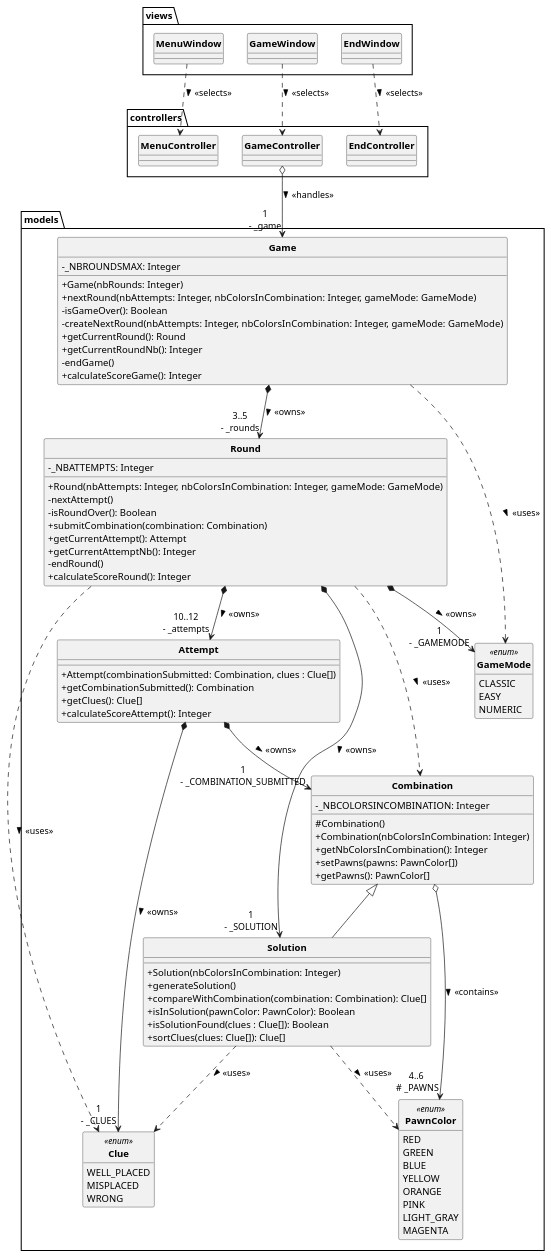
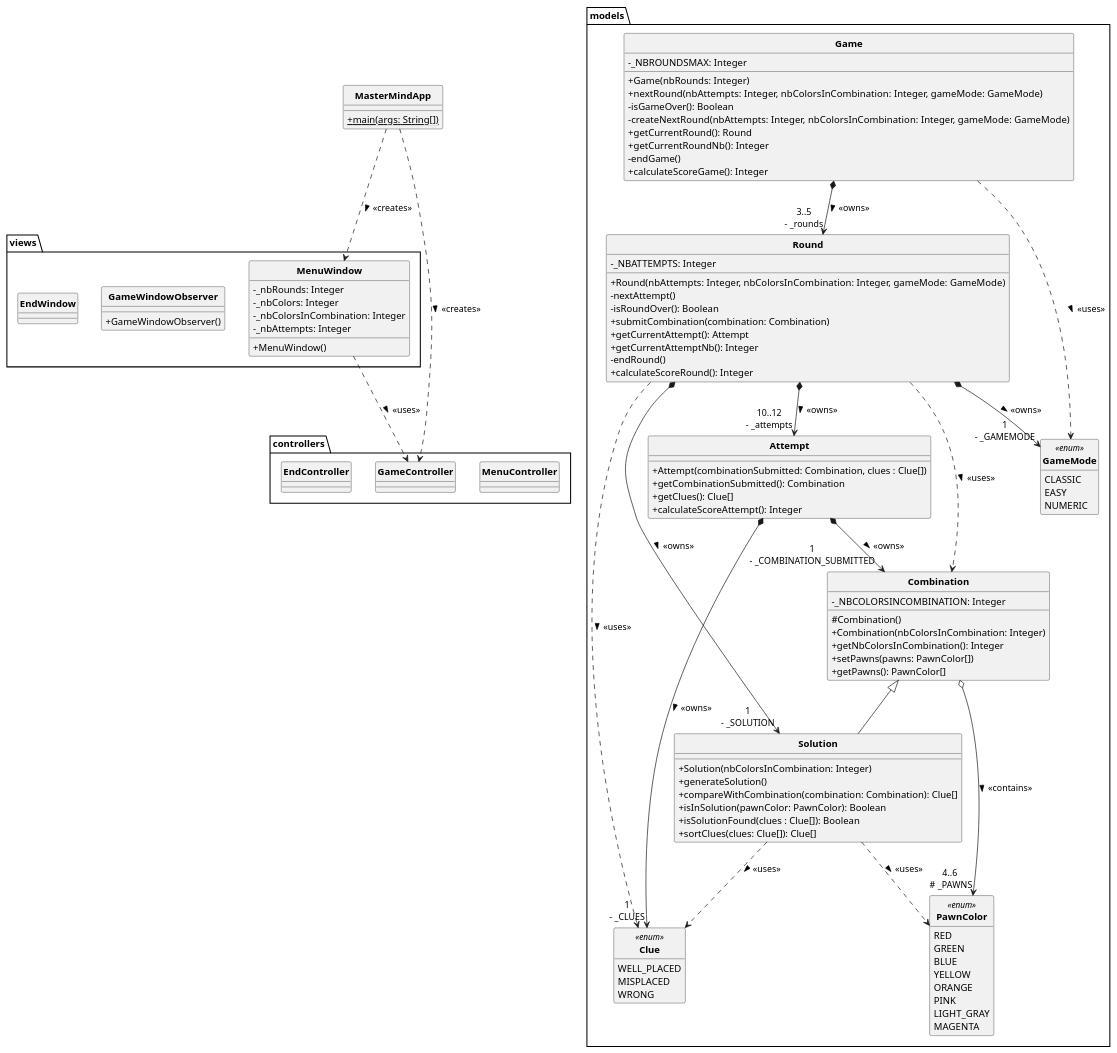
Before and after one commit to Robin3711/mastermind: the diagram in diags/masterMindFirstDiag.puml, drawn with PlantUML. The commit also changed 6 other files, not shown here.

```diff
--- a/diags/masterMindFirstDiag.puml
+++ b/diags/masterMindFirstDiag.puml
@@ -1,131 +1,147 @@
 @startuml
 
 skinparam style strictuml
 skinparam classAttributeIconSize 0
 skinparam classFontStyle Bold
 hide enum methods
 hide interface attributes
 
+class MasterMindApp {
+    + {static} main(args: String[])
+}
+
 package views {
-    class MenuWindow {}
-    class GameWindow {}
+    class MenuWindow {
+        - _nbRounds: Integer
+        - _nbColors: Integer
+        - _nbColorsInCombination: Integer
+        - _nbAttempts: Integer
+        + MenuWindow()
+    }
+    class GameWindowObserver {
+        + GameWindowObserver()
+    }
     class EndWindow {}
 }
 
 package controllers {
     class MenuController {}
     class GameController {}
     class EndController {}
 }
 
 package models {
     class Game {
         - _NBROUNDSMAX: Integer
         + Game(nbRounds: Integer)
         + nextRound(nbAttempts: Integer, nbColorsInCombination: Integer, gameMode: GameMode)
         - isGameOver(): Boolean
         - createNextRound(nbAttempts: Integer, nbColorsInCombination: Integer, gameMode: GameMode)
         + getCurrentRound(): Round
         + getCurrentRoundNb(): Integer
         - endGame()
         + calculateScoreGame(): Integer
     }
     class Round {
         - _NBATTEMPTS: Integer
         + Round(nbAttempts: Integer, nbColorsInCombination: Integer, gameMode: GameMode)
         - nextAttempt()
         - isRoundOver(): Boolean
         + submitCombination(combination: Combination)
         + getCurrentAttempt(): Attempt
         + getCurrentAttemptNb(): Integer
         - endRound()
         + calculateScoreRound(): Integer
     }
     class Combination {
         - _NBCOLORSINCOMBINATION: Integer
         # Combination()
         + Combination(nbColorsInCombination: Integer)
         + getNbColorsInCombination(): Integer
         + setPawns(pawns: PawnColor[])
         + getPawns(): PawnColor[]
     }
     class Solution extends Combination {
         + Solution(nbColorsInCombination: Integer)
         + generateSolution()
         + compareWithCombination(combination: Combination): Clue[]
         + isInSolution(pawnColor: PawnColor): Boolean
         + isSolutionFound(clues : Clue[]): Boolean
         + sortClues(clues: Clue[]): Clue[]
     }
     class Attempt {
         + Attempt(combinationSubmitted: Combination, clues : Clue[])
         + getCombinationSubmitted(): Combination
         + getClues(): Clue[]
         + calculateScoreAttempt(): Integer
     }
 
     enum PawnColor <<enum>> {
         RED
         GREEN
         BLUE
         YELLOW
         ORANGE
         PINK
         LIGHT_GRAY
         MAGENTA
     }
     enum GameMode <<enum>> {
         CLASSIC
         EASY
         NUMERIC
     }
     enum Clue <<enum>> {
         WELL_PLACED
         MISPLACED
         WRONG
     }
 }
 
 'Relations
 
+'MasterMindApp
+MasterMindApp ..> MenuWindow : > <<creates>>
+MasterMindApp ..> GameController : > <<creates>>
+
 'Views
 
 'MenuWindow
-MenuWindow ..> MenuController : > <<selects>>
+MenuWindow ..> GameController : > <<uses>>
 
-'GameWindow
-GameWindow ..> GameController : > <<selects>>
+'GameWindowObserver
+'GameWindow ..> GameController : > <<selects>>
 
 'EndWindow
-EndWindow ..> EndController : > <<selects>>
+'EndWindow ..> EndController : > <<selects>>
 
 'Controllers
 
 'GameController
-GameController o--> "1\n- _game" Game : > <<handles>>
+'GameController o--> "1\n- _game" Game : > <<handles>>
 
 'Models
 
 'Game
 Game *--> "3..5\n- _rounds" Round : > <<owns>>
 Game ..> GameMode : > <<uses>>
 
 'Round
 Round *--> "1\n- _SOLUTION" Solution : > <<owns>>
 Round *--> "10..12\n- _attempts" Attempt : > <<owns>>
 Round *--> "1\n- _GAMEMODE" GameMode : > <<owns>>
 Round ..> Combination : > <<uses>>
 Round ..> Clue : > <<uses>>
 
 'Combination
 Combination o--> "4..6\n # _PAWNS" PawnColor : > <<contains>>
 
 'Solution
 Solution ..> PawnColor : > <<uses>>
 Solution ..> Clue : > <<uses>>
 
 'Attempt
 Attempt *--> "1\n- _COMBINATION_SUBMITTED" Combination : > <<owns>>
 Attempt *--> "1\n- _CLUES" Clue : > <<owns>>
 
 @enduml
```
